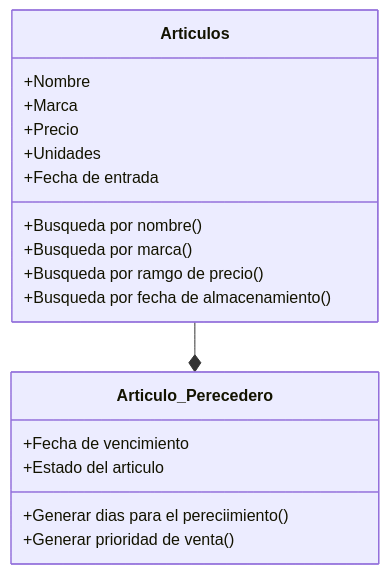
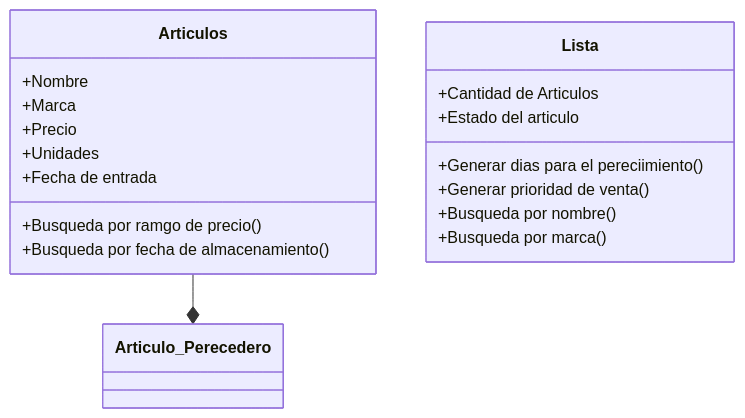
Before and after one commit to GabrielHuertas72/Proyecto-POO-GabrielHuertas: the diagram in README.md, drawn with Mermaid.

````diff
--- a/README.md
+++ b/README.md
@@ -10,22 +10,23 @@
 ```mermaid
 classDiagram
     class Articulos{
         +Nombre 
         +Marca  
         +Precio 
         +Unidades 
         +Fecha de entrada 
-        +Busqueda por nombre()
-        +Busqueda por marca()
+        
         +Busqueda por ramgo de precio()
         +Busqueda por fecha de almacenamiento()
     }
-    class Articulo_Perecedero{
-        +Fecha de vencimiento
+    class Lista{
+        +Cantidad de Articulos
         +Estado del articulo
         +Generar dias para el pereciimiento()
         +Generar prioridad de venta()
+    +Busqueda por nombre()
+        +Busqueda por marca()
     }
     Articulos --*  Articulo_Perecedero 
 
 ```
````
